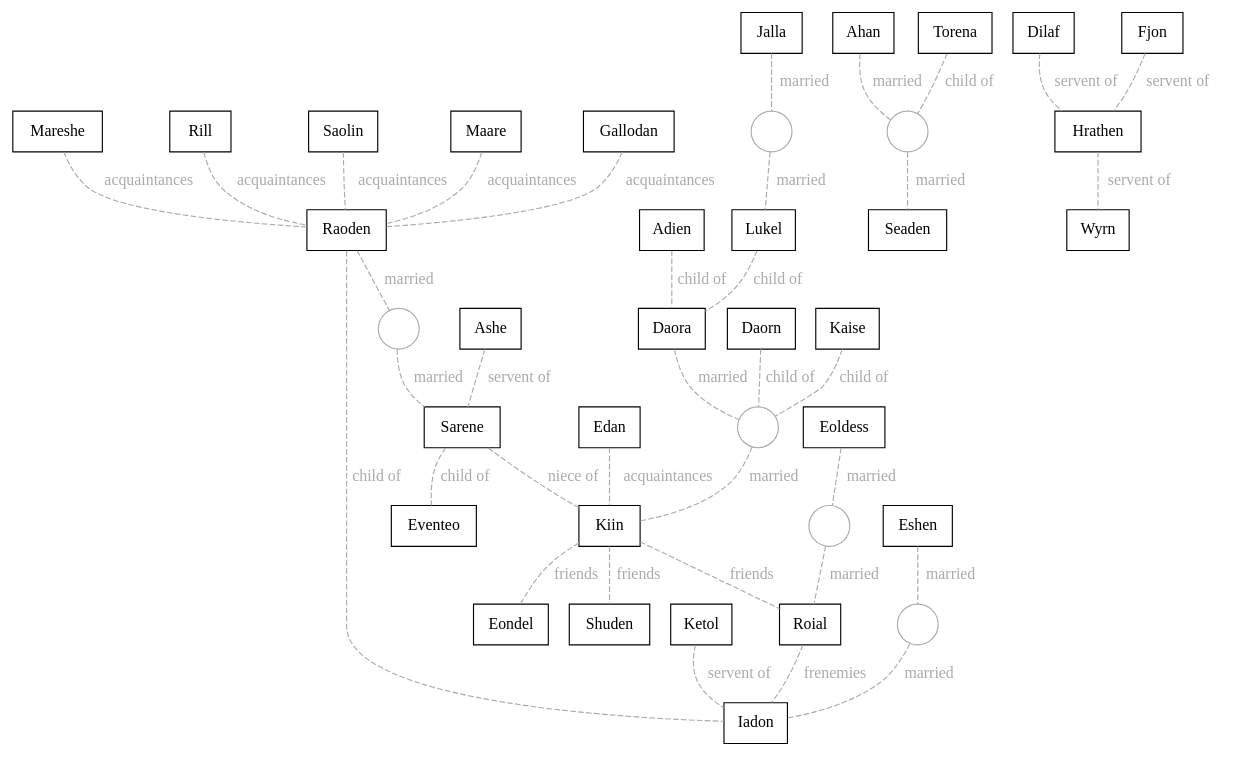
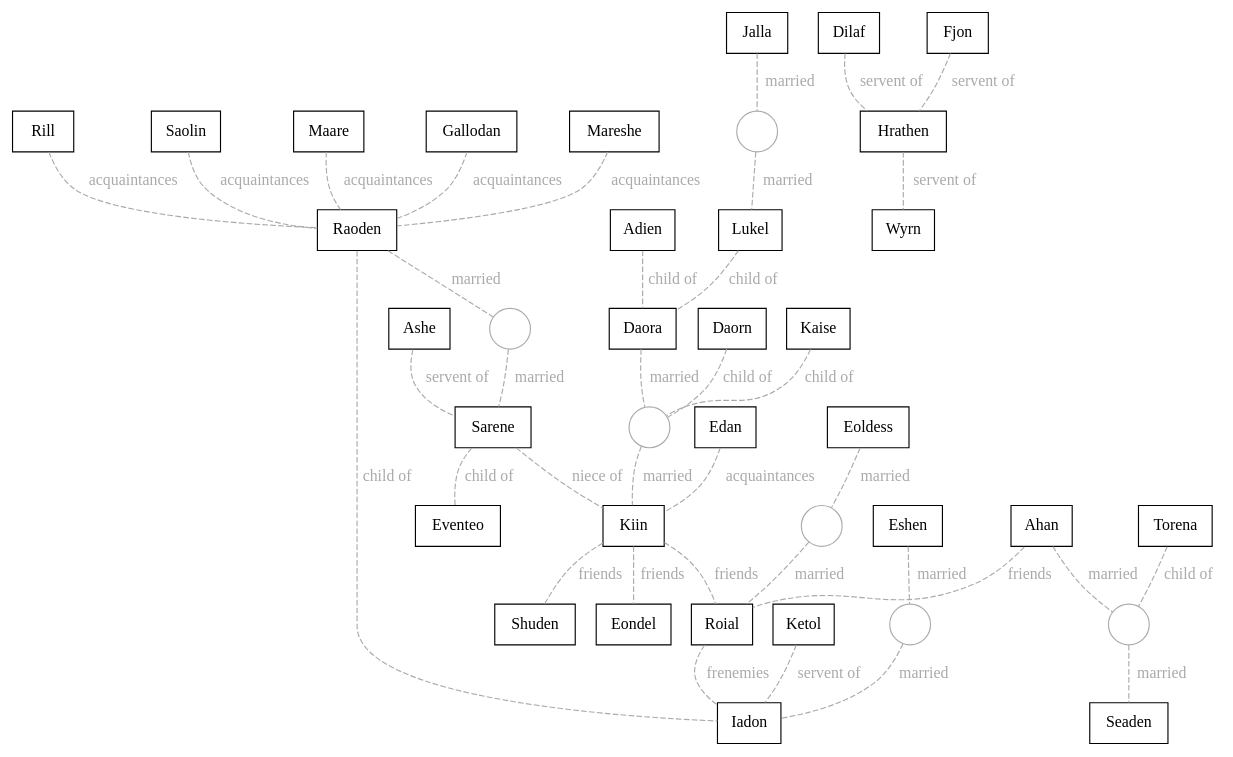
One commit to christopherball/christopherball.github.io changed the diagram in tech/networkVisualizer/dot/elantris.dot. Above: the diagram before and after it, drawn with Graphviz.

Commit message:
Updates to elantris.dot

```diff
--- a/tech/networkVisualizer/dot/elantris.dot
+++ b/tech/networkVisualizer/dot/elantris.dot
@@ -1,111 +1,112 @@
 digraph {
   // Global properties
   edge [dir=none, color="#AAAAAA", arrowhead="none"]
   compound=true
 
   // Characters
   subgraph Males {
     node [color="black", fillcolor="lightblue", shape="box"]
     Adien
     Ahan
     Ashe
     Daorn
     Dilaf
     Edan
     Eondel
     Eventeo
     Fjon
     Gallodan
     Hrathen
     Iadon
     Ketol
     Kiin
     Lukel
     Mareshe
     Raoden
     Rill
     Roial
     Saolin
     Shuden
     Wyrn
   }
   subgraph Females {
     node [color="black", fillcolor="pink", shape="box"]
     Daora
     Eoldess
     Eshen
     Jalla
     Kaise
     Maare
     Sarene
     Seaden
     Torena
   }
 
   // Married
   edge [label="married", dir=none, color="#AAAAAA", arrowhead="none", style="dashed", fontcolor="#AAAAAA"]
   node [color="#AAAAAA", fillcolor="transparent" shape="circle" label=""]
   Eshen -> mar_Eshen_Iadon -> Iadon
   Raoden -> mar_Raoden_Sarene -> Sarene
   Daora -> mar_Daora_Kiin -> Kiin
   Jalla -> mar_Jalla_Lukel -> Lukel
   Eoldess -> mar_Eoldess_Roial -> Roial
   Ahan -> mar_Ahan_Seaden -> Seaden
 
   // Lovers
   edge [label="lovers", dir=none, color="#AAAAAA", arrowhead="none", style="dashed", fontcolor="#AAAAAA"]
   node [color="#AAAAAA", fillcolor="transparent" shape="circle" label=""]
 
   // Cousins
   edge [label="cousins", dir=none, color="#AAAAAA", arrowhead="none", fontcolor="#AAAAAA"]
 
   // Friends
   edge [label="friends", dir=none, color="#AAAAAA", arrowhead="none", fontcolor="#AAAAAA"]
   Kiin -> Roial
   Kiin -> Eondel
   Kiin -> Shuden
+  Ahan -> Roial
 
   // Frenemies
   edge [label="frenemies", dir=none, color="#AAAAAA", arrowhead="none", fontcolor="#AAAAAA"]
   Roial -> Iadon
 
   // Acquaintances
   edge [label="acquaintances", dir=none, color="#AAAAAA", arrowhead="none", fontcolor="#AAAAAA"]
   Gallodan -> Raoden
   Mareshe -> Raoden
   Rill -> Raoden
   Saolin -> Raoden
   Maare -> Raoden
   Edan -> Kiin
 
   // Child Of
   edge [label="child of", dir=forward, color="#AAAAAA", arrowhead="none", fontcolor="#AAAAAA"]
   Sarene -> Eventeo
   Raoden -> Iadon
   Kaise -> mar_Daora_Kiin
   Daorn -> mar_Daora_Kiin
   Lukel -> Daora
   Adien -> Daora
   Torena -> mar_Ahan_Seaden
 
   // Foster Child Of
   edge [label="foster child of", dir=forward, color="#AAAAAA", arrowhead="none", fontcolor="#AAAAAA"]
 
   // Lieutenant Of
   edge [label="lieutenant of", dir=forward, color="#AAAAAA", arrowhead="none", fontcolor="#AAAAAA"]
 
   // Servent Of
   edge [label="servent of", dir=forward, color="#AAAAAA", arrowhead="none", fontcolor="#AAAAAA"]
   Ketol -> Iadon
   Ashe -> Sarene
   Dilaf -> Hrathen
   Fjon -> Hrathen
   Hrathen -> Wyrn
 
   // Nephew Of
   edge [label="nephew of", dir=forward, color="#AAAAAA", arrowhead="none", fontcolor="#AAAAAA"]
 
   // Niece Of
   edge [label="niece of", dir=forward, color="#AAAAAA", arrowhead="none", fontcolor="#AAAAAA"]
   Sarene -> Kiin
 }
```
